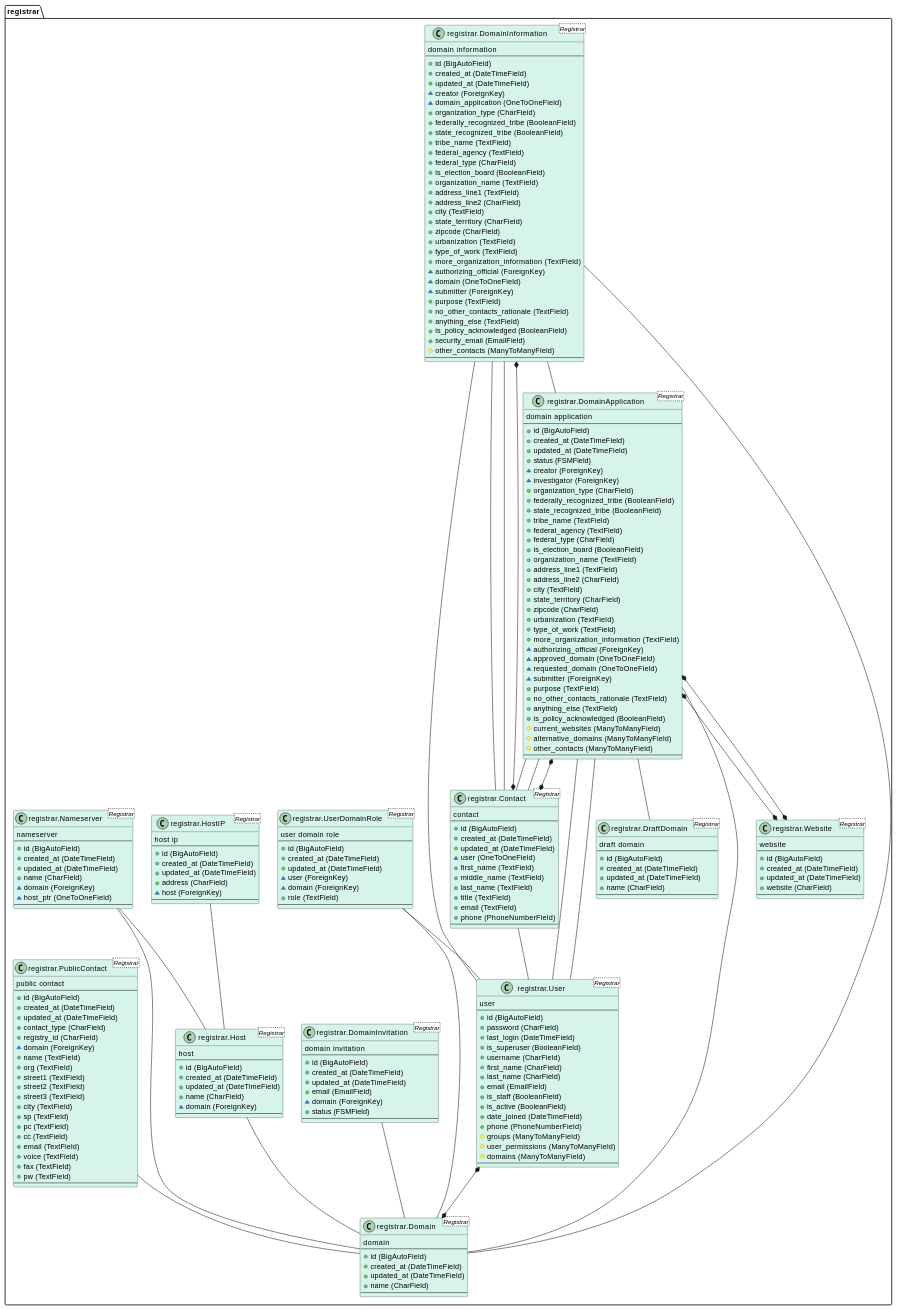
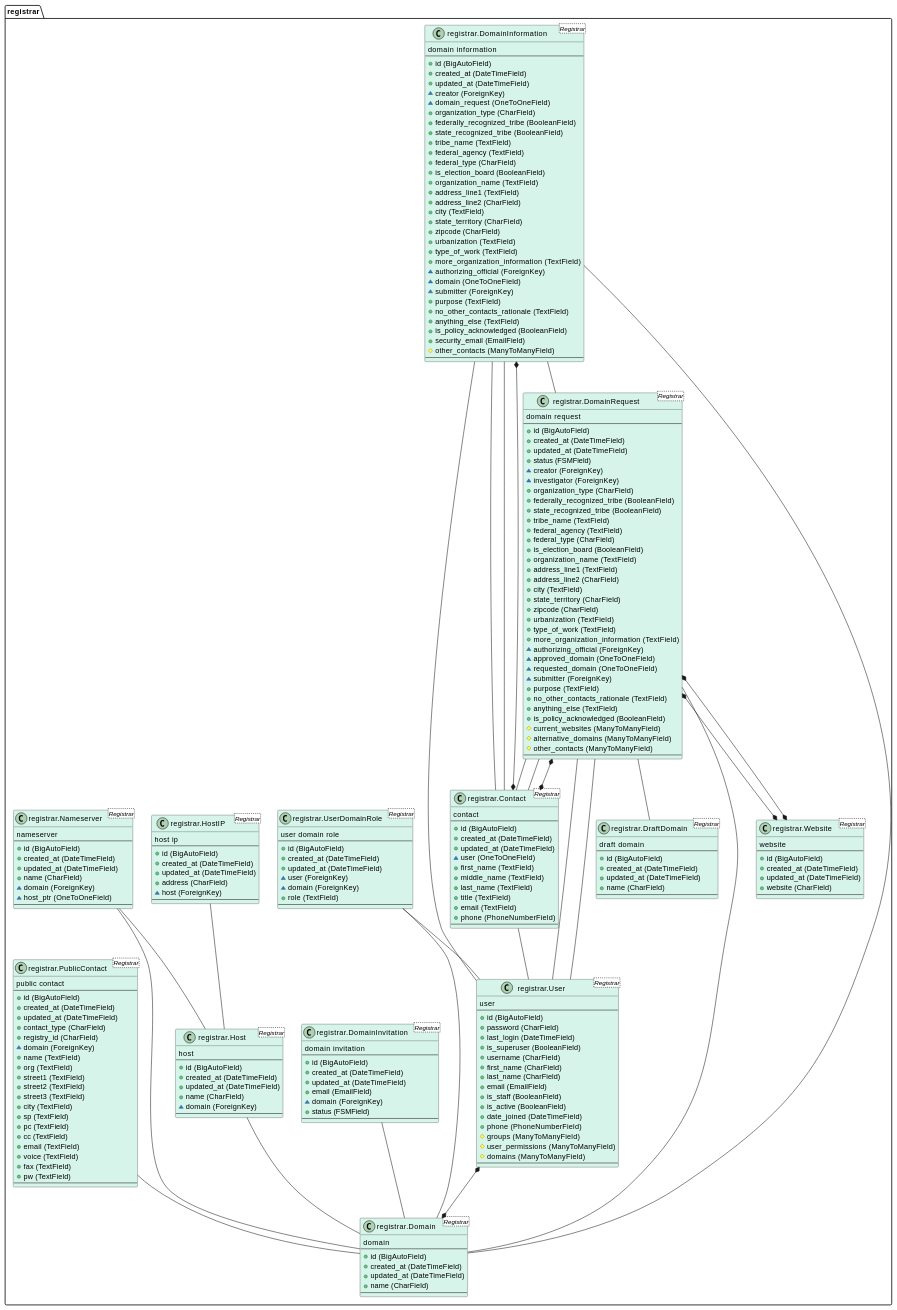
One commit to cisagov/manage.get.gov changed the diagram in docs/architecture/diagrams/models_diagram.md. Above: the diagram before and after it, drawn with PlantUML. The commit also changed 79 other files, not shown here.

Commit message:
Find-replace "domain application", "domain_application", "domain-application" with "domain request", "domain_request", "domain-request".  Preserved camel-cases through strict find-replace conditions.

```diff
--- a/docs/architecture/diagrams/models_diagram.md
+++ b/docs/architecture/diagrams/models_diagram.md
@@ -39,8 +39,8 @@
 registrar.Contact -- registrar.User
 
 
-class "registrar.DomainApplication <Registrar>" as registrar.DomainApplication #d6f4e9 {
-    domain application
+class "registrar.DomainRequest <Registrar>" as registrar.DomainRequest #d6f4e9 {
+    domain request
     --
     + id (BigAutoField)
     + created_at (DateTimeField)
@@ -77,15 +77,15 @@
     # other_contacts (ManyToManyField)
     --
 }
-registrar.DomainApplication -- registrar.User
-registrar.DomainApplication -- registrar.User
-registrar.DomainApplication -- registrar.Contact
-registrar.DomainApplication -- registrar.DraftDomain
-registrar.DomainApplication -- registrar.Domain
-registrar.DomainApplication -- registrar.Contact
-registrar.DomainApplication *--* registrar.Website
-registrar.DomainApplication *--* registrar.Website
-registrar.DomainApplication *--* registrar.Contact
+registrar.DomainRequest -- registrar.User
+registrar.DomainRequest -- registrar.User
+registrar.DomainRequest -- registrar.Contact
+registrar.DomainRequest -- registrar.DraftDomain
+registrar.DomainRequest -- registrar.Domain
+registrar.DomainRequest -- registrar.Contact
+registrar.DomainRequest *--* registrar.Website
+registrar.DomainRequest *--* registrar.Website
+registrar.DomainRequest *--* registrar.Contact
 
 
 class "registrar.DomainInformation <Registrar>" as registrar.DomainInformation #d6f4e9 {
@@ -95,7 +95,7 @@
     + created_at (DateTimeField)
     + updated_at (DateTimeField)
     ~ creator (ForeignKey)
-    ~ domain_application (OneToOneField)
+    ~ domain_request (OneToOneField)
     + organization_type (CharField)
     + federally_recognized_tribe (BooleanField)
     + state_recognized_tribe (BooleanField)
@@ -124,7 +124,7 @@
     --
 }
 registrar.DomainInformation -- registrar.User
-registrar.DomainInformation -- registrar.DomainApplication
+registrar.DomainInformation -- registrar.DomainRequest
 registrar.DomainInformation -- registrar.Contact
 registrar.DomainInformation -- registrar.Domain
 registrar.DomainInformation -- registrar.Contact
```
